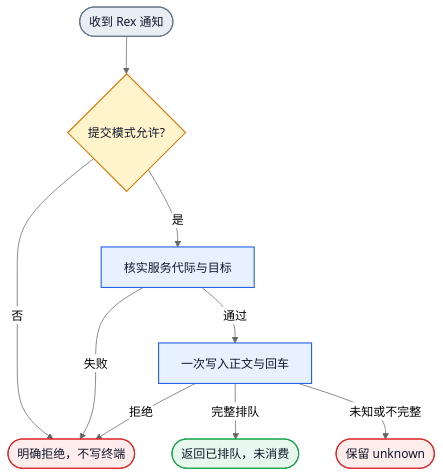
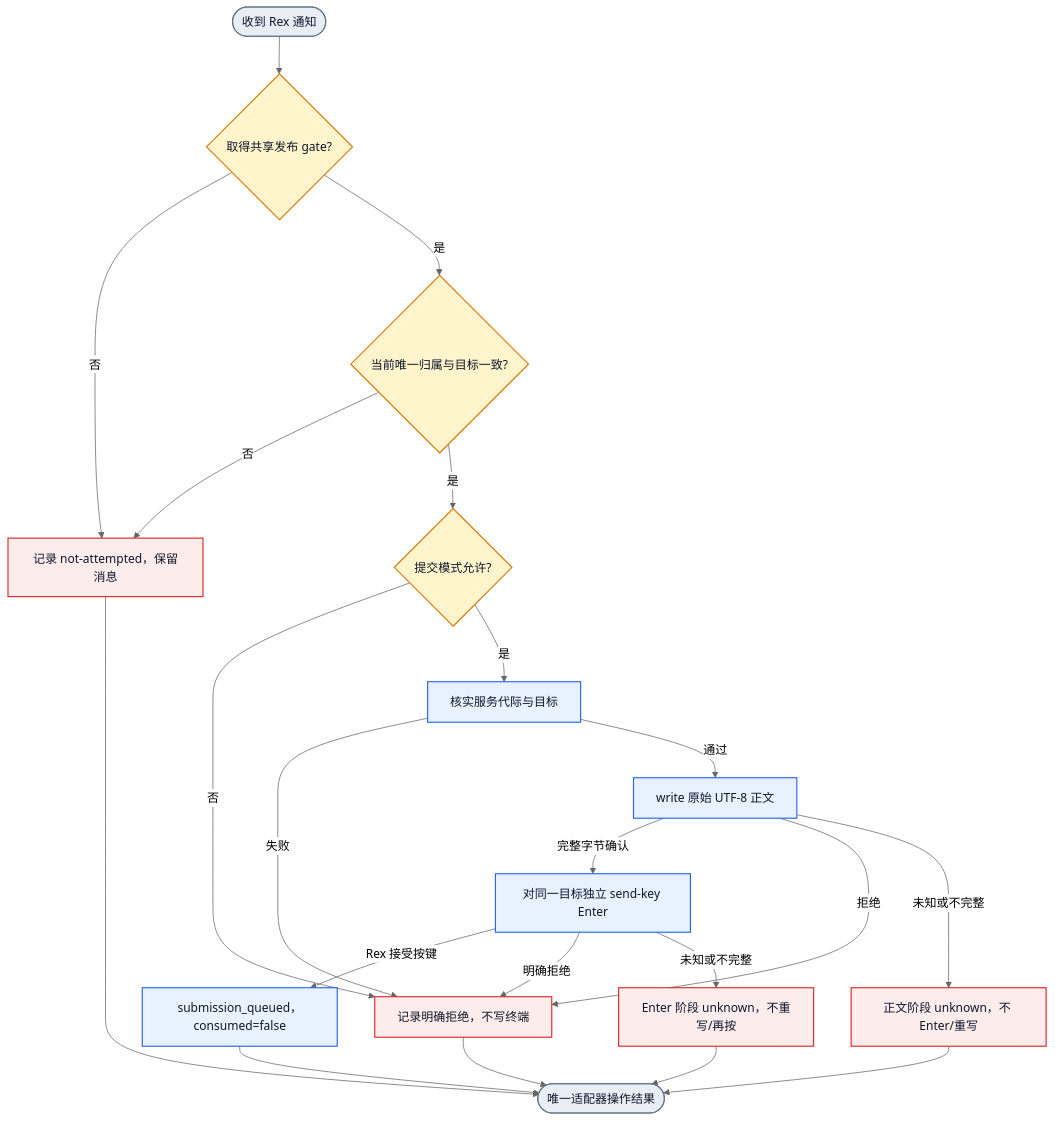
The first of 3 diagrams in docs/design/rex-collab-ontology-20261111.md (Jasonzhangf/appsdk), drawn with Mermaid (neutral theme) before and after one commit. The commit also changed other lines of this file and 63 other files, not shown here.

````diff
--- a/docs/design/rex-collab-ontology-20261111.md
+++ b/docs/design/rex-collab-ontology-20261111.md
@@ -69,17 +109,29 @@
 ```mermaid
 flowchart TD
-  S([收到 Rex 通知]):::boundary --> M{提交模式允许?}:::decision
-  M -->|否| NO([明确拒绝，不写终端]):::failure
+  S([收到 Rex 通知]):::boundary --> G{取得共享发布 gate?}:::decision
+  G -->|否| N[记录 not-attempted，保留消息]:::failure
+  G -->|是| O{当前唯一归属与目标一致?}:::decision
+  O -->|否| N
+  O -->|是| M{提交模式允许?}:::decision
+  M -->|否| R[记录明确拒绝，不写终端]:::failure
   M -->|是| V[核实服务代际与目标]:::action
-  V -->|失败| NO
-  V -->|通过| W[一次写入正文与回车]:::action
-  W -->|完整排队| OK([返回已排队，未消费]):::success
-  W -->|拒绝| NO
-  W -->|未知或不完整| UNK([保留 unknown]):::failure
+  V -->|失败| R
+  V -->|通过| W[write 原始 UTF-8 正文]:::action
+  W -->|完整字节确认| K[对同一目标独立 send-key Enter]:::action
+  W -->|拒绝| R
+  W -->|未知或不完整| U[正文阶段 unknown，不 Enter/重写]:::failure
+  K -->|Rex 接受按键| Q[submission_queued，consumed=false]:::action
+  K -->|明确拒绝| R
+  K -->|未知或不完整| U2[Enter 阶段 unknown，不重写/再按]:::failure
+  Q --> X([唯一适配器操作结果]):::boundary
+  R --> X
+  U --> X
+  U2 --> X
+  N --> X
 
   classDef boundary fill:#E9EEF5,stroke:#64748B,color:#0F172A,stroke-width:1.5px
   classDef action fill:#E8F1FF,stroke:#2563EB,color:#0F172A,stroke-width:1.5px
   classDef decision fill:#FFF4CC,stroke:#D97706,color:#0F172A,stroke-width:1.5px
   classDef success fill:#E8F7EE,stroke:#16A34A,color:#0F172A,stroke-width:1.5px
   classDef failure fill:#FDECEC,stroke:#DC2626,color:#0F172A,stroke-width:1.5px
 ```
````
